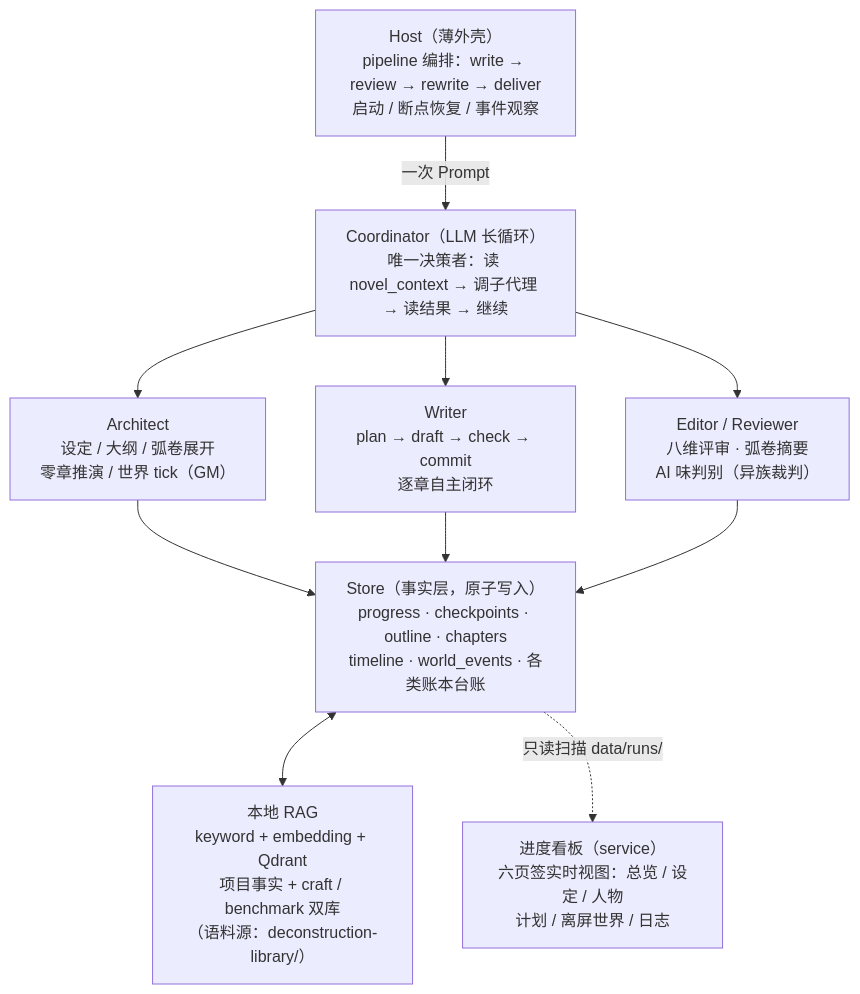
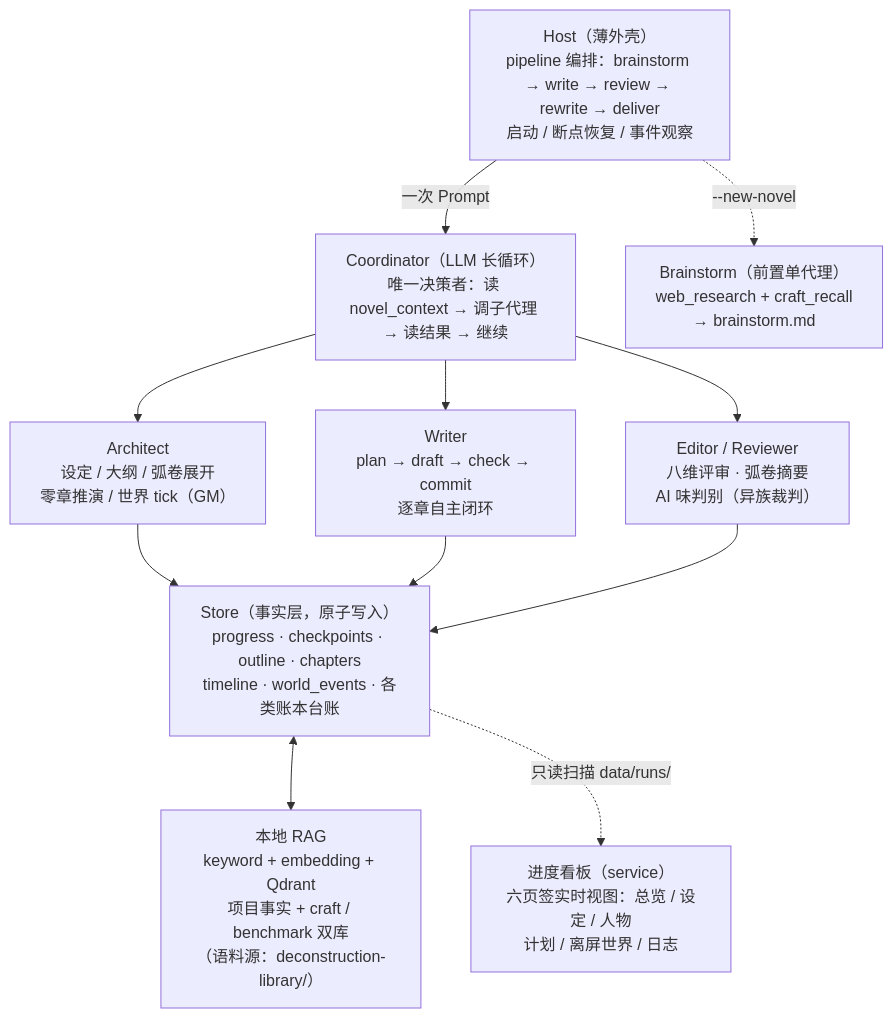
Before and after one commit to Xiaoyangy/novel-studio: the third of 5 diagrams in README.md, drawn with Mermaid. The commit also changed other lines of this file, not shown here.

````diff
--- a/README.md
+++ b/README.md
@@ -98,13 +119,14 @@
 ```mermaid
 flowchart TD
-    P["Host（薄外壳）<br/>pipeline 编排：write → review → rewrite → deliver<br/>启动 / 断点恢复 / 事件观察"]
+    P["Host（薄外壳）<br/>pipeline 编排：brainstorm → write → review → rewrite → deliver<br/>启动 / 断点恢复 / 事件观察"]
     P -->|一次 Prompt| CO["Coordinator（LLM 长循环）<br/>唯一决策者：读 novel_context → 调子代理 → 读结果 → 继续"]
+    P -.->|"--new-novel"| BS["Brainstorm（前置单代理）<br/>web_research + craft_recall<br/>→ brainstorm.md"]
     CO --> AR["Architect<br/>设定 / 大纲 / 弧卷展开<br/>零章推演 / 世界 tick（GM）"]
     CO --> WR["Writer<br/>plan → draft → check → commit<br/>逐章自主闭环"]
     CO --> ED["Editor / Reviewer<br/>八维评审 · 弧卷摘要<br/>AI 味判别（异族裁判）"]
     AR --> ST["Store（事实层，原子写入）<br/>progress · checkpoints · outline · chapters<br/>timeline · world_events · 各类账本台账"]
     WR --> ST
     ED --> ST
     ST <--> RAG["本地 RAG<br/>keyword + embedding + Qdrant<br/>项目事实 + craft / benchmark 双库<br/>（语料源：deconstruction-library/）"]
     ST -.->|"只读扫描 data/runs/"| VIEW["进度看板（service）<br/>六页签实时视图：总览 / 设定 / 人物<br/>计划 / 离屏世界 / 日志"]
 ```
````
